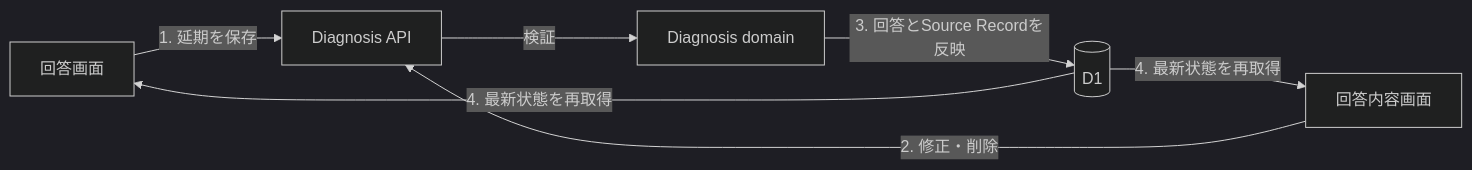
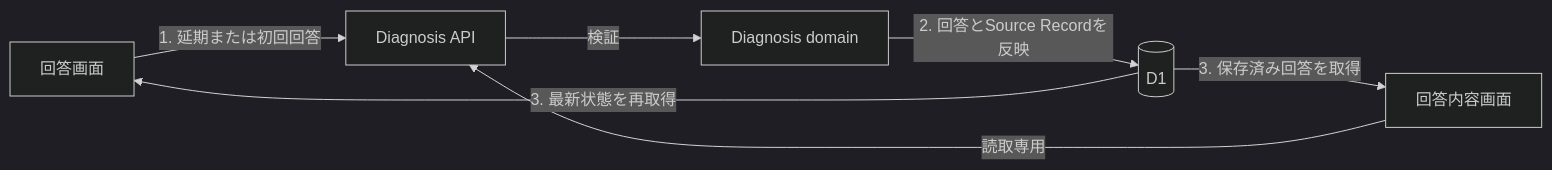
Before and after one commit to kkyosuke/me-builder: the diagram in docs/development/diagnosis-implementation-plan.md, drawn with Mermaid (dark theme). The commit also changed other lines of this file and 12 other files, not shown here.

````diff
--- a/docs/development/diagnosis-implementation-plan.md
+++ b/docs/development/diagnosis-implementation-plan.md
@@ -27,9 +27,9 @@
 ```mermaid
 flowchart LR
-    W[回答画面] -->|1. 延期を保存| A[Diagnosis API]
-    R[回答内容画面] -->|2. 修正・削除| A
+    W[回答画面] -->|1. 延期または初回回答| A[Diagnosis API]
+    R[回答内容画面] -->|読取専用| A
     A -->|検証| Q[Diagnosis domain]
-    Q -->|3. 回答とSource Recordを反映| D[(D1)]
-    D -->|4. 最新状態を再取得| W
-    D -->|4. 最新状態を再取得| R
+    Q -->|2. 回答とSource Recordを反映| D[(D1)]
+    D -->|3. 最新状態を再取得| W
+    D -->|3. 保存済み回答を取得| R
 ```
````
